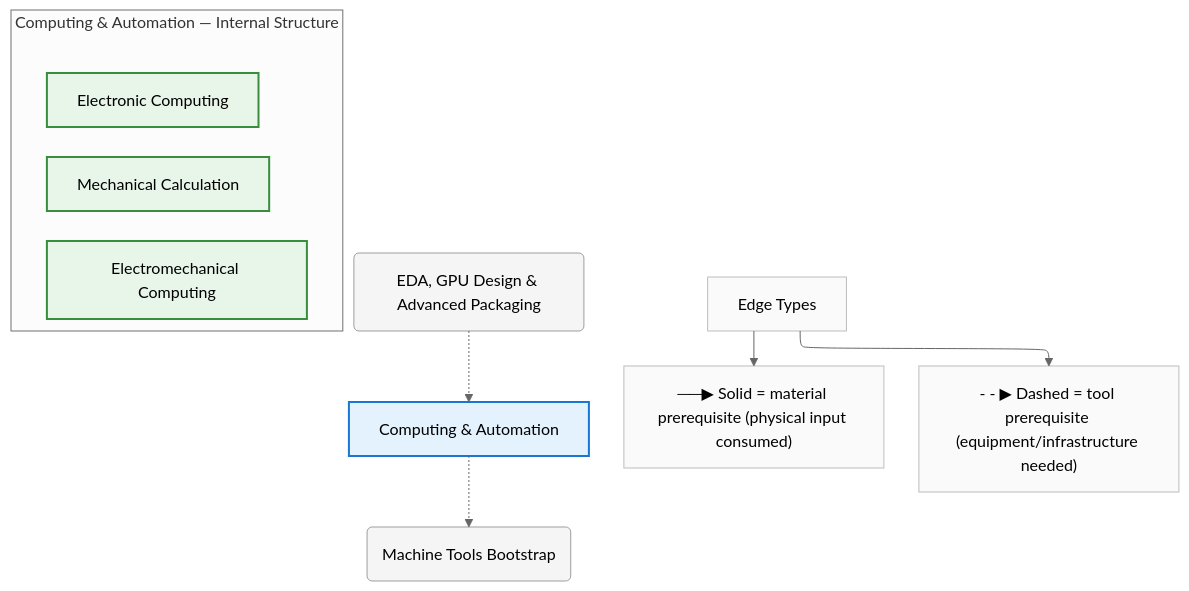
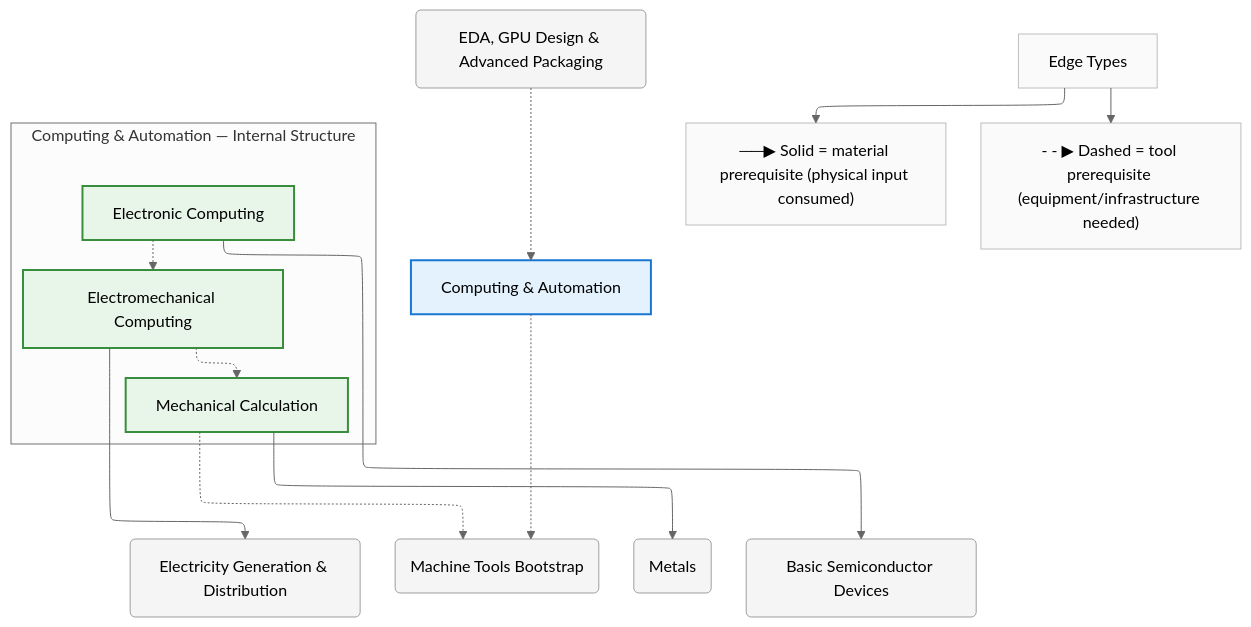
Before and after one commit to egofree/TechTree: the diagram in diagrams/mermaid/computing.mmd, drawn with Mermaid (neutral theme). The commit also changed 15 other files, not shown here.

First line of the commit message:
chore(diagrams): regenerate all Mermaid diagrams from updated data

```diff
--- a/diagrams/mermaid/computing.mmd
+++ b/diagrams/mermaid/computing.mmd
@@ -1,44 +1,56 @@
 %%{init: {"flowchart": {"defaultRenderer": "elk", "htmlLabels": true}}}%%
 graph TD
     %% Domain: Computing & Automation
 
     %% ==================== INTERNAL NODES ====================
     subgraph computing_internal ["Computing & Automation — Internal Structure"]
         direction TB
         computing_mechanical["Mechanical Calculation"]
         computing_electromechanical["Electromechanical Computing"]
         computing_electronic["Electronic Computing"]
     end
 
     %% ==================== DOMAIN NODE ====================
     computing["Computing & Automation"]
 
     %% ==================== EXTERNAL DEPENDENCIES ====================
+    energy_electricity("Electricity Generation & Distribution")
     machine-tools("Machine Tools Bootstrap")
+    metals("Metals")
+    silicon_basic-devices("Basic Semiconductor Devices")
     vlsi-scaling_eda-design("EDA, GPU Design & Advanced Packaging")
 
     %% ==================== EDGES ====================
+    computing_electromechanical -.-> computing_mechanical
+    computing_electronic -.-> computing_electromechanical
     vlsi-scaling_eda-design -.-> computing
     computing -.-> machine-tools
+    computing_mechanical -.-> machine-tools
+    computing_mechanical --> metals
+    computing_electromechanical --> energy_electricity
+    computing_electronic --> silicon_basic-devices
 
     %% ==================== EDGE TYPE LEGEND ====================
     EdgeLegend["Edge Types"]
     EdgeLegend --> MatNote["──▶ Solid = material prerequisite (physical input consumed)"]
     EdgeLegend --> ToolNote["- - ▶ Dashed = tool prerequisite (equipment/infrastructure needed)"]
 
     %% ==================== STYLING ====================
     classDef domain fill:#e3f2fd,stroke:#1976d2,stroke-width:2px
     classDef capability fill:#e8f5e9,stroke:#388e3c,stroke-width:2px
     classDef process fill:#fff3e0,stroke:#f57c00,stroke-width:2px
     classDef critical fill:#fff3e0,stroke:#f57c00,stroke-width:3px
     classDef earlyWin fill:#e8f5e9,stroke:#388e3c,stroke-width:3px
     classDef pinnacle fill:#fce4ec,stroke:#c62828,stroke-width:3px
     classDef external fill:#f5f5f5,stroke:#9e9e9e,stroke-width:1px
     classDef legend fill:#fafafa,stroke:#bdbdbd,stroke-width:1px
     class computing domain
     class computing_mechanical capability
     class computing_electromechanical capability
     class computing_electronic capability
+    class energy_electricity external
     class machine-tools external
+    class metals external
+    class silicon_basic-devices external
     class vlsi-scaling_eda-design external
     class EdgeLegend,MatNote,ToolNote legend
```
